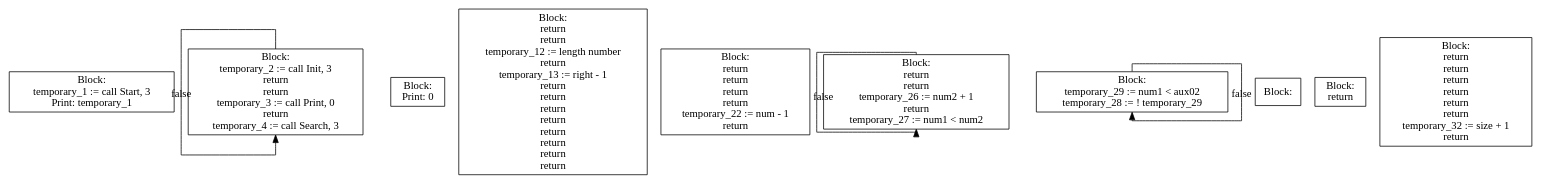
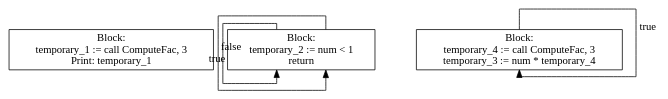
One commit to moondog-matthew/compiler-dv1655 changed the diagram in lab3/CFG-tree.dot. Above: the diagram before and after it, drawn with Graphviz. The commit also changed 6 other files, not shown here.

```diff
--- a/lab3/CFG-tree.dot
+++ b/lab3/CFG-tree.dot
@@ -1,61 +1,16 @@
 digraph {
 graph [ splines = ortho ]
 	node [ shape = box ];
 block_0 [label="Block:
-temporary_1 := call Start, 3
+temporary_1 := call ComputeFac, 3
 Print: temporary_1"];
 block_1 [label="Block:
-temporary_2 := call Init, 3
-return 
-return 
-temporary_3 := call Print, 0
-return 
-temporary_4 := call Search, 3"];
+temporary_2 := num < 1
+return "];
+block_1 -> block_1 [xlabel = "true"]
 block_2 [label="Block:
-Print: 0"];
+temporary_4 := call ComputeFac, 3
+temporary_3 := num * temporary_4"];
+block_2 -> block_2 [xlabel = "true"]
 block_1 -> block_1 [xlabel = "false"]
-block_3 [label="Block:
-return 
-return 
-temporary_12 := length number
-return 
-temporary_13 := right - 1
-return 
-return 
-return 
-return 
-return 
-return 
-return 
-return "];
-block_4 [label="Block:
-return 
-return 
-return 
-return 
-temporary_22 := num - 1
-return "];
-block_5 [label="Block:
-return 
-return 
-temporary_26 := num2 + 1
-return 
-temporary_27 := num1 < num2"];
-block_6 [label="Block:
-temporary_29 := num1 < aux02
-temporary_28 := ! temporary_29"];
-block_7 [label="Block:"];
-block_6 -> block_6 [xlabel = "false"]
-block_5 -> block_5 [xlabel = "false"]
-block_8 [label="Block:
-return "];
-block_9 [label="Block:
-return 
-return 
-return 
-return 
-return 
-return 
-temporary_32 := size + 1
-return "];
 }
```
